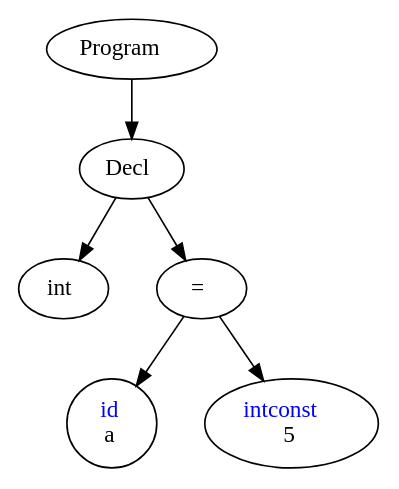
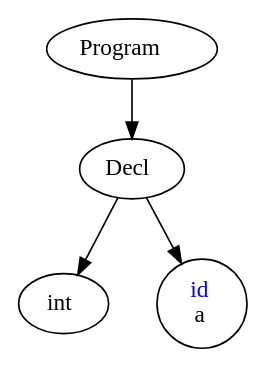
The diagram in grammar/C/AST.dot (MarkVanAcker/C-to-P-compiler), drawn with Graphviz before and after one commit. The commit also changed 15 other files, not shown here.

```diff
--- a/grammar/C/AST.dot
+++ b/grammar/C/AST.dot
@@ -1,16 +1,12 @@
 digraph G
 {
     nodesep = 0.4;
     ranksep = 0.5;
-	NODE99063760[label=<Program>];
-	NODE99063824[label=<Decl>];
-	NODE99063760->NODE99063824
-	NODE99063376[label=<int>];
-	NODE99063824->NODE99063376
-	NODE99063472[label=<=>];
-	NODE99063824->NODE99063472
-	NODE99063536[label=<<font color = "blue">id</font><br/>a>];
-	NODE99063472->NODE99063536
-	NODE99063248[label=<<font color = "blue">intconst</font><br/>5>];
-	NODE99063472->NODE99063248
+	NODE139892808230392[label=<Program>];
+	NODE139892808229048[label=<Decl>];
+	NODE139892808230392->NODE139892808229048
+	NODE139892808229664[label=<int>];
+	NODE139892808229048->NODE139892808229664
+	NODE139892808229552[label=<<font color = "blue">id</font><br/>a>];
+	NODE139892808229048->NODE139892808229552
 }
```
